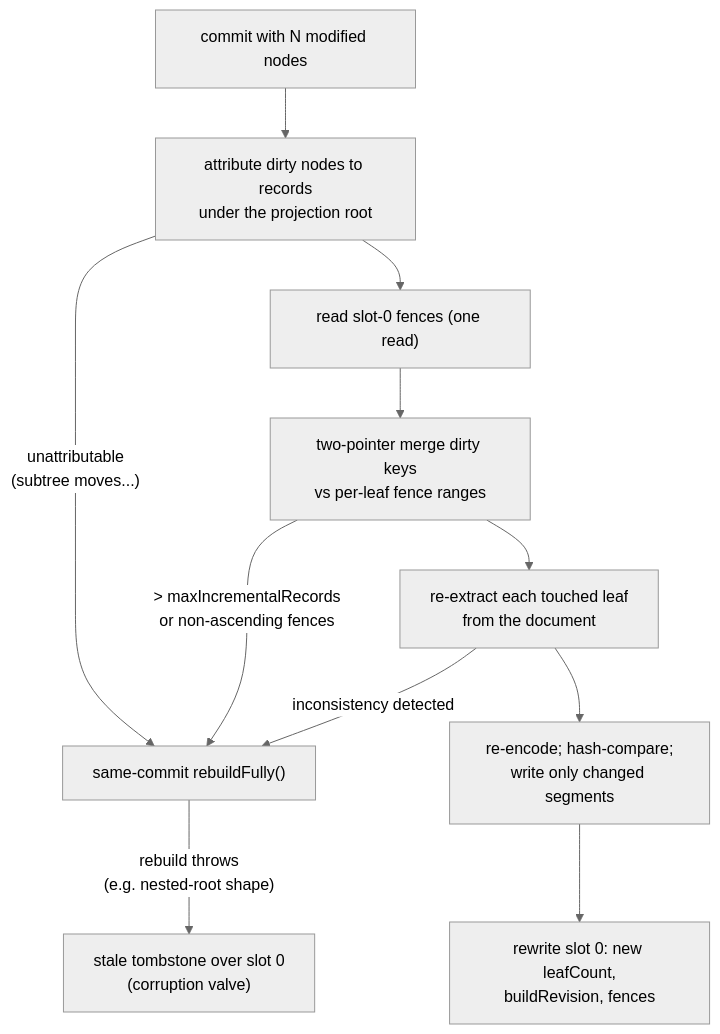
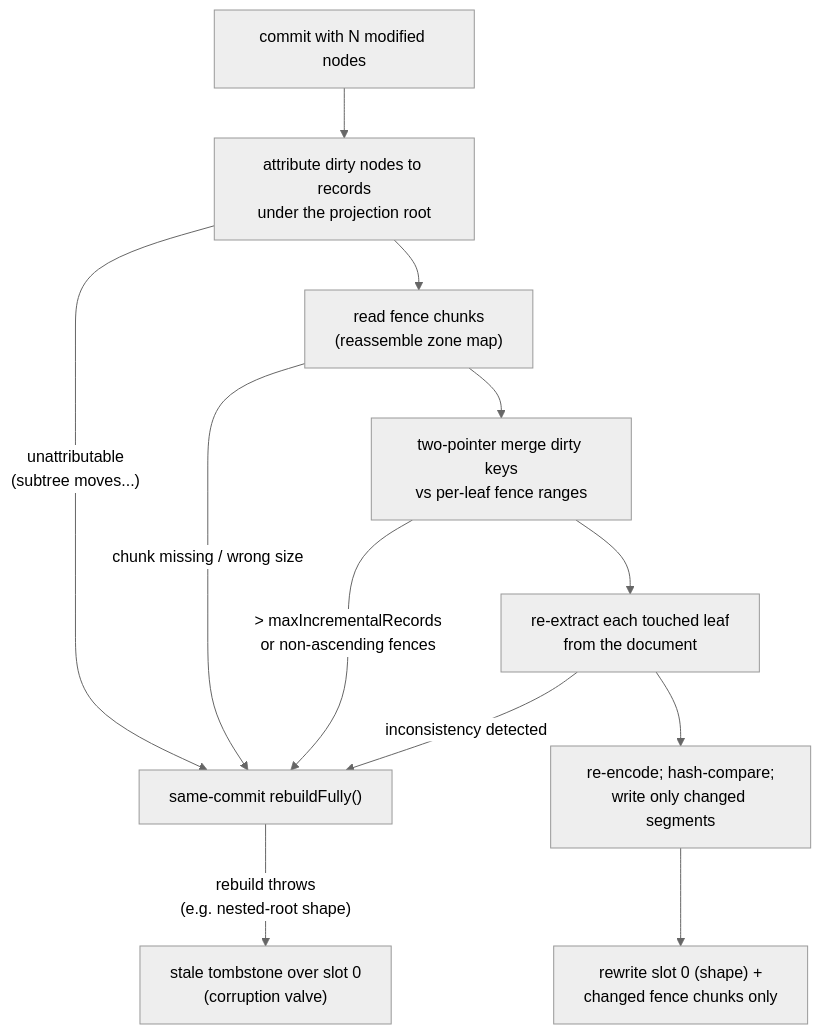
One commit to sirixdb/sirix changed the tenth of 14 diagrams in docs/PROJECTION_INDEX_DEEP_DIVE.md. Above: the diagram before and after it, drawn with Mermaid (neutral theme). The commit also changed other lines of this file and 4 other files, not shown here.

First line of the commit message:
docs: projection storage — fence chunks, inline blobs, sub-slot rationale

````diff
--- a/docs/PROJECTION_INDEX_DEEP_DIVE.md
+++ b/docs/PROJECTION_INDEX_DEEP_DIVE.md
@@ -651,13 +705,14 @@
 ```mermaid
 flowchart TD
     C["commit with N modified nodes"] --> A["attribute dirty nodes to records<br/>under the projection root"]
     A -- "unattributable<br/>(subtree moves...)" --> RB
-    A --> F["read slot-0 fences (one read)"]
+    A --> F["read fence chunks<br/>(reassemble zone map)"]
     F --> M["two-pointer merge dirty keys<br/>vs per-leaf fence ranges"]
     M --> T["re-extract each touched leaf<br/>from the document"]
     T --> E["re-encode; hash-compare;<br/>write only changed segments"]
-    E --> S["rewrite slot 0: new leafCount,<br/>buildRevision, fences"]
+    E --> S["rewrite slot 0 (shape) +<br/>changed fence chunks only"]
+    F -- "chunk missing / wrong size" --> RB
     M -- "> maxIncrementalRecords<br/>or non-ascending fences" --> RB["same-commit rebuildFully()"]
     RB -- "rebuild throws<br/>(e.g. nested-root shape)" --> TS["stale tombstone over slot 0<br/>(corruption valve)"]
     T -- "inconsistency detected" --> RB
 ```
````
